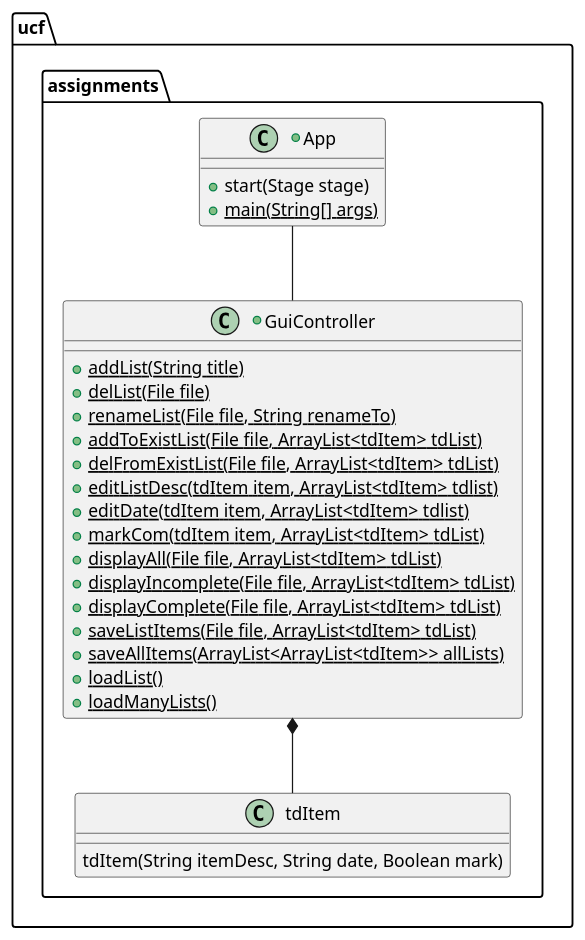
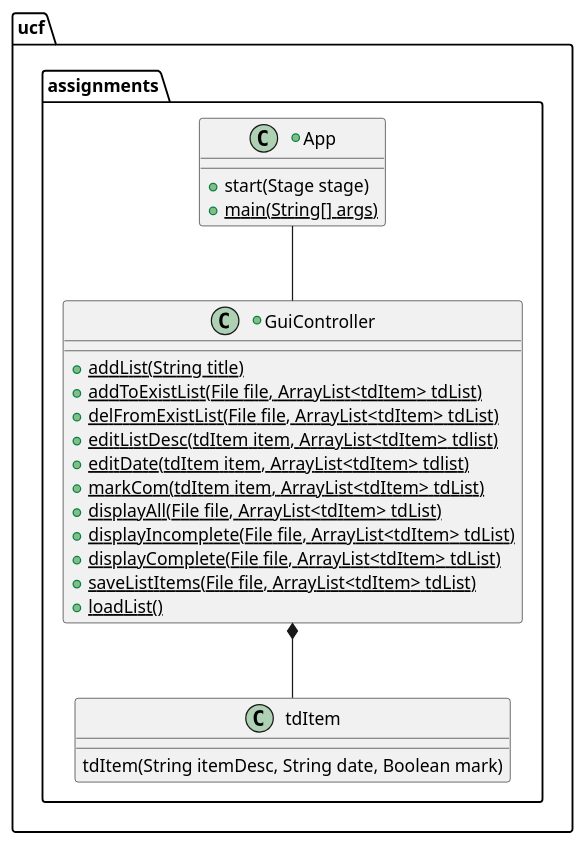
One commit to ayeekee/yeekee-cop3330-assignment4part2 changed the diagram in uml/App.javaCD.puml. Above: the diagram before and after it, drawn with PlantUML. The commit also changed 3 other files, not shown here.

Commit message:
test commit, updated uml diagram and some code to reflect new assignment changes

```diff
--- a/uml/App.javaCD.puml
+++ b/uml/App.javaCD.puml
@@ -1,36 +1,32 @@
 @startuml
 'https://plantuml.com/class-diagram
 
 package ucf.assignments{
 
     GuiController *-- tdItem
     App -- GuiController
 
     +Class App{
     +start(Stage stage)
     +{static}main(String[] args)
     }
 
     Class tdItem{
         tdItem(String itemDesc, String date, Boolean mark)
     }
 
     +Class GuiController{
         +{static}addList(String title)
-        +{static}delList(File file)
-        +{static}renameList(File file, String renameTo)
         +{static}addToExistList(File file, ArrayList<tdItem> tdList)
         +{static}delFromExistList(File file, ArrayList<tdItem> tdList)
         +{static}editListDesc(tdItem item, ArrayList<tdItem> tdlist)
         +{static}editDate(tdItem item, ArrayList<tdItem> tdlist)
         +{static}markCom(tdItem item, ArrayList<tdItem> tdList)
         +{static}displayAll(File file, ArrayList<tdItem> tdList)
         +{static}displayIncomplete(File file, ArrayList<tdItem> tdList)
         +{static}displayComplete(File file, ArrayList<tdItem> tdList)
         +{static}saveListItems(File file, ArrayList<tdItem> tdList)
-        +{static}saveAllItems(ArrayList<ArrayList<tdItem>> allLists)
         +{static}loadList()
-        +{static}loadManyLists()
     }
 }
 @enduml
```
